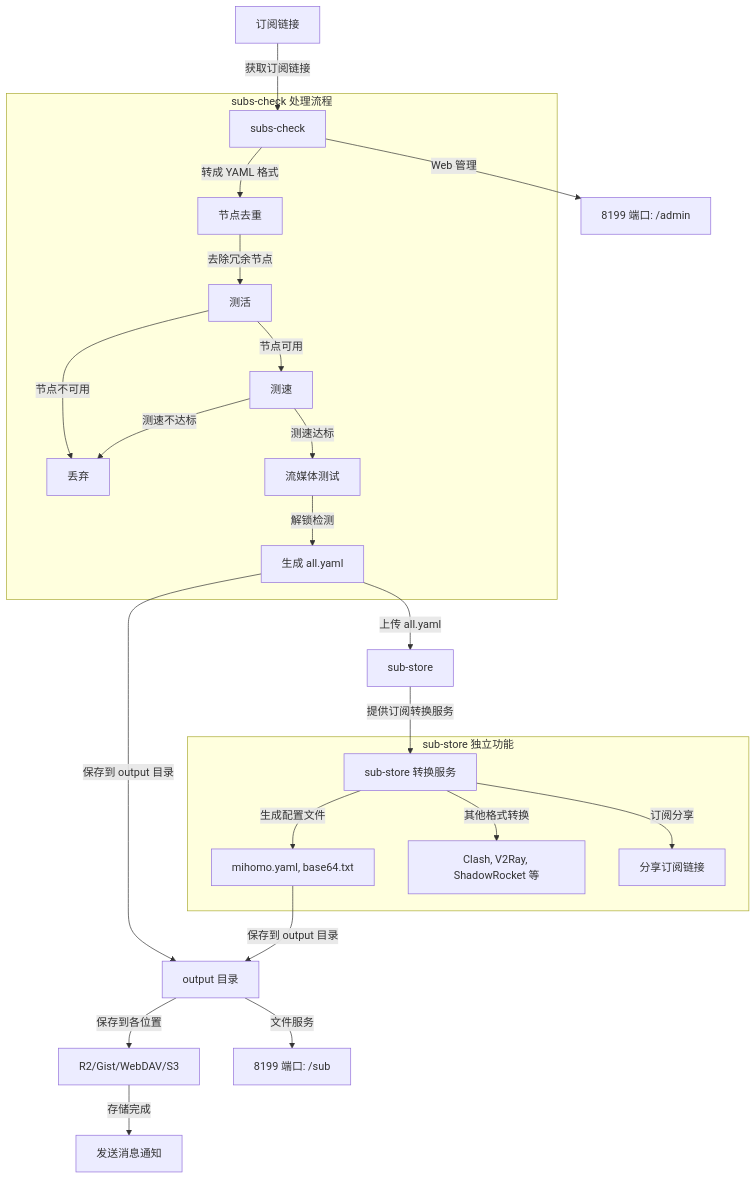
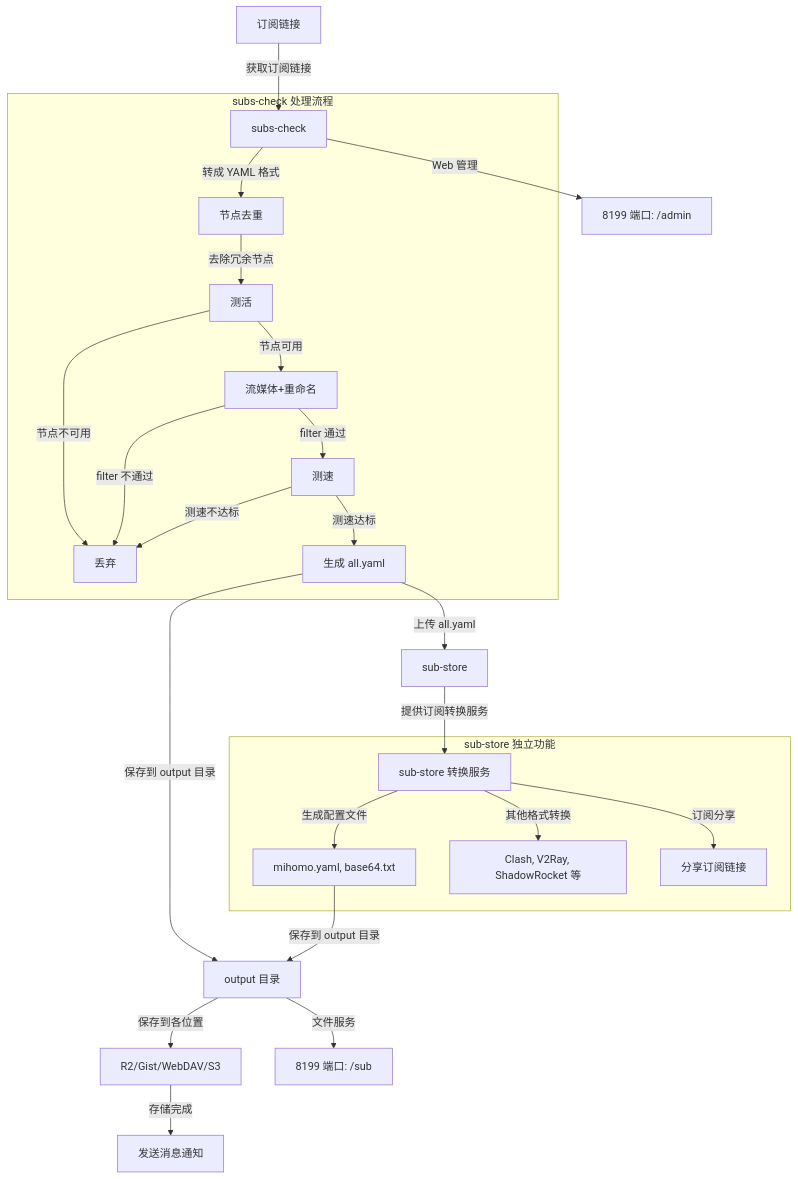
One commit to mitjavaz/memo changed the diagram in subs-check/README.md. Above: the diagram before and after it, drawn with Mermaid. The commit also changed other lines of this file and 5 other files, not shown here.

````diff
--- a/subs-check/README.md
+++ b/subs-check/README.md
@@ -314,26 +314,27 @@
 ```mermaid
 graph TD
     A[订阅链接] -->|获取订阅链接| B[subs-check]
     subgraph subs-check 处理流程
         B -->|转成 YAML 格式| B1[节点去重]
         B1 -->|去除冗余节点| B2[测活]
-        B2 -->|节点可用| B3[测速]
+        B2 -->|节点可用| B3[流媒体+重命名]
         B2 -->|节点不可用| X[丢弃]
-        B3 -->|测速达标| B4[流媒体测试]
-        B3 -->|测速不达标| X[丢弃]
-        B4 -->|解锁检测| B5[生成 all.yaml]
+        B3 -->|filter 通过| B4[测速]
+        B3 -->|filter 不通过| X[丢弃]
+        B4 -->|测速达标| B5[生成 all.yaml]
+        B4 -->|测速不达标| X[丢弃]
     end
     B5 -->|保存到 output 目录| C[output 目录]
     B5 -->|上传 all.yaml| D[sub-store]
     C -->|保存到各位置| H1[R2/Gist/WebDAV/S3]
     H1 -->|存储完成| H2[发送消息通知]
     D -->|提供订阅转换服务| E[sub-store 转换服务]
     subgraph sub-store 独立功能
         E -->|生成配置文件| E1[mihomo.yaml, base64.txt]
         E -->|其他格式转换| E2[Clash, V2Ray, ShadowRocket 等]
         E -->|订阅分享| E3[分享订阅链接]
     end
     E1 -->|保存到 output 目录| C
     C -->|文件服务| F[8199 端口: /sub]
     B -->|Web 管理| G[8199 端口: /admin]
 ``` 
````
